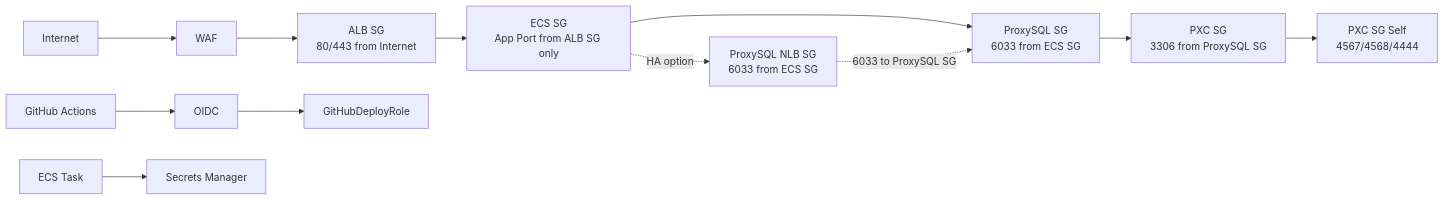
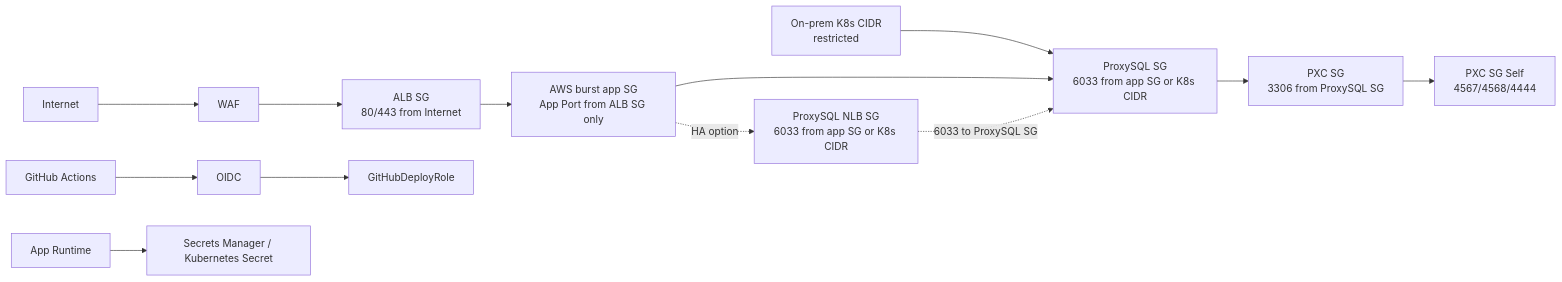
One commit to KosaCloudTeam2/infra-platform changed the sixth of 7 diagrams in docs/01_architecture.md. Above: the diagram before and after it, drawn with Mermaid. The commit also changed other lines of this file and 35 other files, not shown here.

````diff
--- a/docs/01_architecture.md
+++ b/docs/01_architecture.md
@@ -505,14 +522,15 @@
 ```mermaid
 flowchart LR
     Internet["Internet"] --> WAF["WAF"]
     WAF --> ALBSG["ALB SG<br/>80/443 from Internet"]
-    ALBSG --> ECSSG["ECS SG<br/>App Port from ALB SG only"]
-    ECSSG --> ProxySG["ProxySQL SG<br/>6033 from ECS SG"]
-    ECSSG -. "HA option" .-> ProxyNlbSG["ProxySQL NLB SG<br/>6033 from ECS SG"]
+    ALBSG --> AppSG["AWS burst app SG<br/>App Port from ALB SG only"]
+    K8sCIDR["On-prem K8s CIDR<br/>restricted"] --> ProxySG
+    AppSG --> ProxySG["ProxySQL SG<br/>6033 from app SG or K8s CIDR"]
+    AppSG -. "HA option" .-> ProxyNlbSG["ProxySQL NLB SG<br/>6033 from app SG or K8s CIDR"]
     ProxyNlbSG -. "6033 to ProxySQL SG" .-> ProxySG
     ProxySG --> PXCSG["PXC SG<br/>3306 from ProxySQL SG"]
     Actions["GitHub Actions"] --> OIDC["OIDC"]
     OIDC --> Role["GitHubDeployRole"]
-    ECS["ECS Task"] --> Secret["Secrets Manager"]
+    App["App Runtime"] --> Secret["Secrets Manager / Kubernetes Secret"]
     PXCSG --> PxcSelf["PXC SG Self<br/>4567/4568/4444"]
 ```
````
